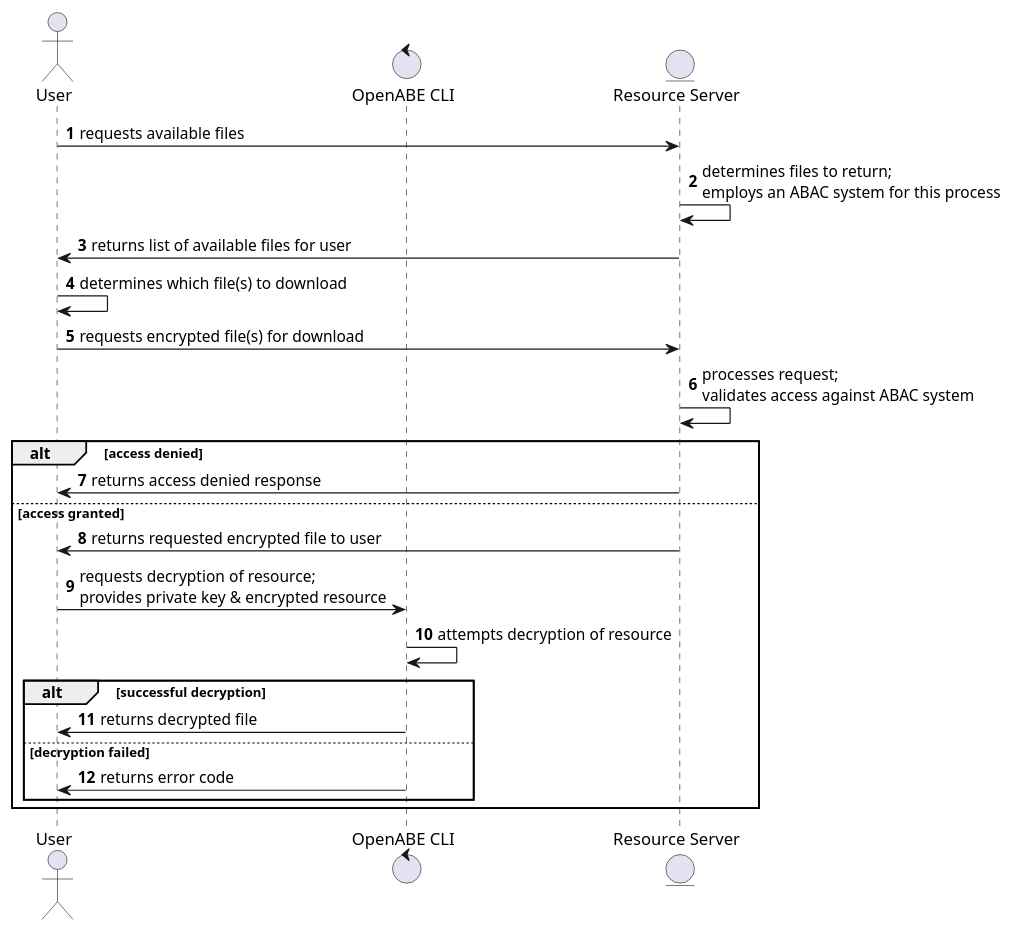
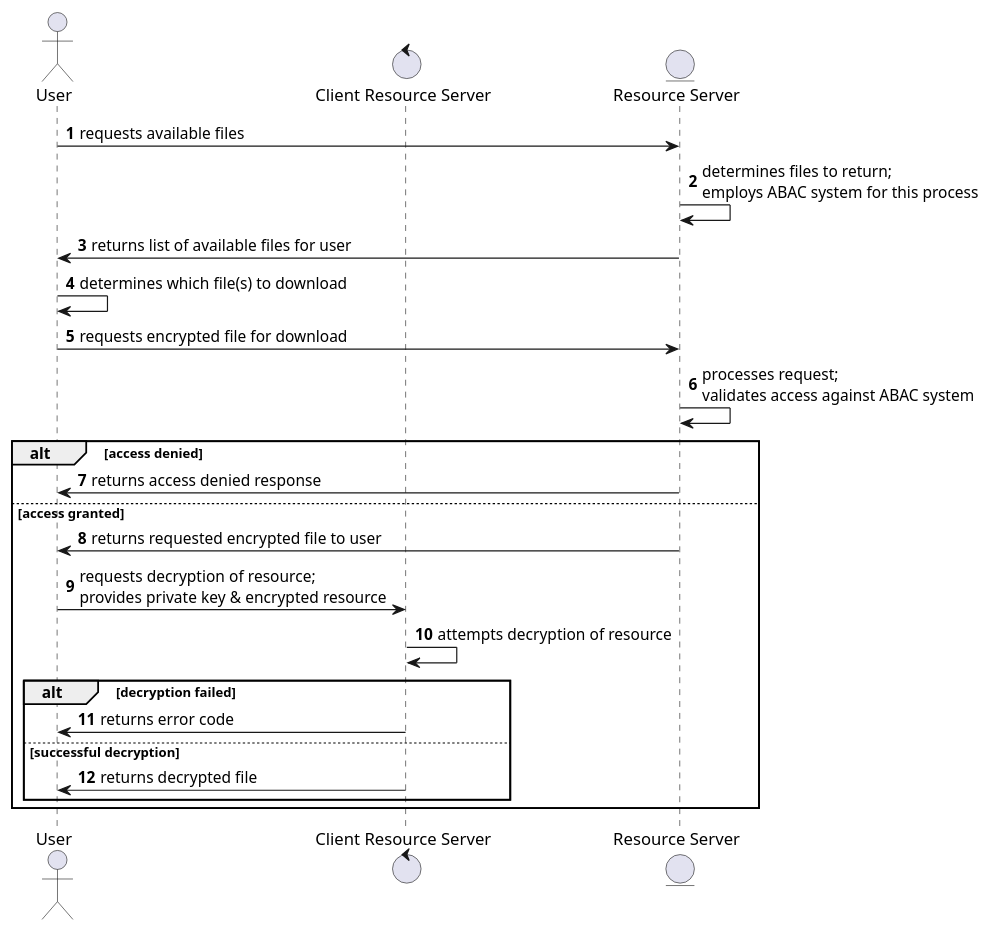
One commit to 2190594W/l4-project-research changed the diagram in diagrams/flow_of_info/decryption_download_sequence.plantuml. Above: the diagram before and after it, drawn with PlantUML. The commit also changed 19 other files, not shown here.

Commit message:
Updated flow of info diagrams. Added eps & pdf formats as outputs.

```diff
--- a/diagrams/flow_of_info/decryption_download_sequence.plantuml
+++ b/diagrams/flow_of_info/decryption_download_sequence.plantuml
@@ -1,24 +1,24 @@
 @startuml
 autonumber
 actor User
-control "OpenABE CLI"
+control "Client Resource Server"
 entity "Resource Server"
 User -> "Resource Server": requests available files
-"Resource Server" -> "Resource Server": determines files to return;\nemploys an ABAC system for this process
+"Resource Server" -> "Resource Server": determines files to return;\nemploys ABAC system for this process
 "Resource Server" -> User: returns list of available files for user
 User -> User: determines which file(s) to download
-User -> "Resource Server": requests encrypted file(s) for download
+User -> "Resource Server": requests encrypted file for download
 "Resource Server" -> "Resource Server": processes request;\nvalidates access against ABAC system
 alt access denied
   "Resource Server" -> User: returns access denied response
 else access granted
   "Resource Server" -> User: returns requested encrypted file to user
-  User -> "OpenABE CLI": requests decryption of resource;\nprovides private key & encrypted resource
-  "OpenABE CLI" -> "OpenABE CLI": attempts decryption of resource
-  alt successful decryption
-    "OpenABE CLI" -> User: returns decrypted file
-  else decryption failed
-    "OpenABE CLI" -> User: returns error code
+  User -> "Client Resource Server": requests decryption of resource;\nprovides private key & encrypted resource
+  "Client Resource Server" -> "Client Resource Server": attempts decryption of resource
+  alt decryption failed
+    "Client Resource Server" -> User: returns error code
+  else successful decryption
+    "Client Resource Server" -> User: returns decrypted file
   end
 end
 @enduml
```
